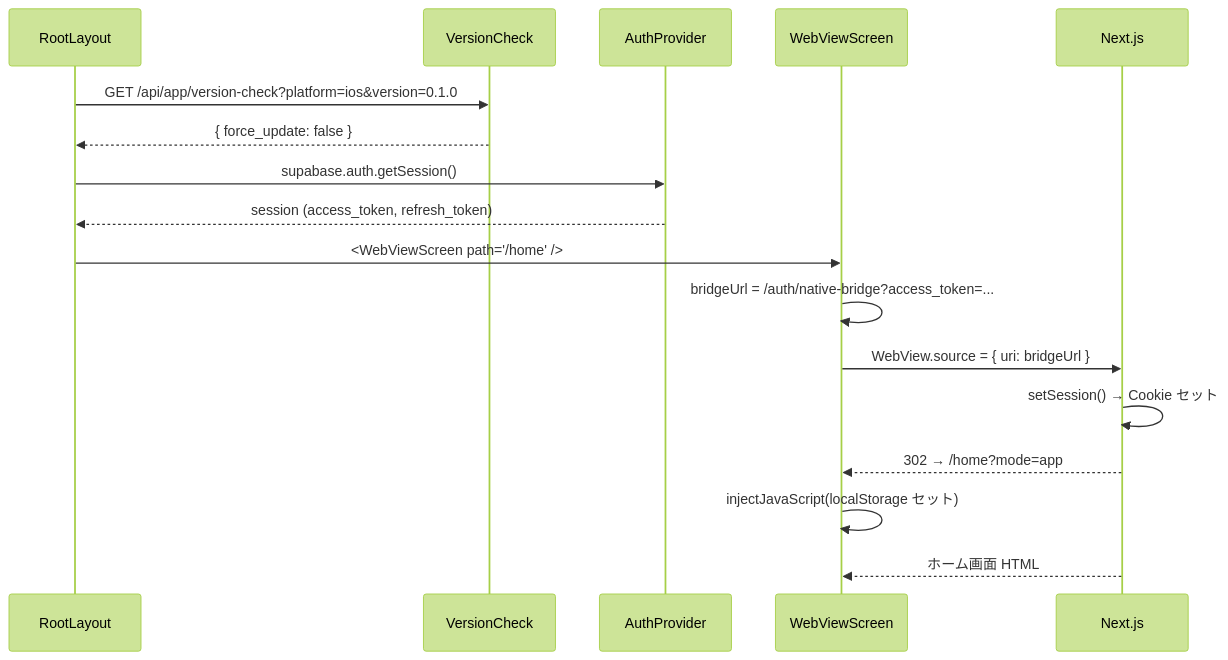
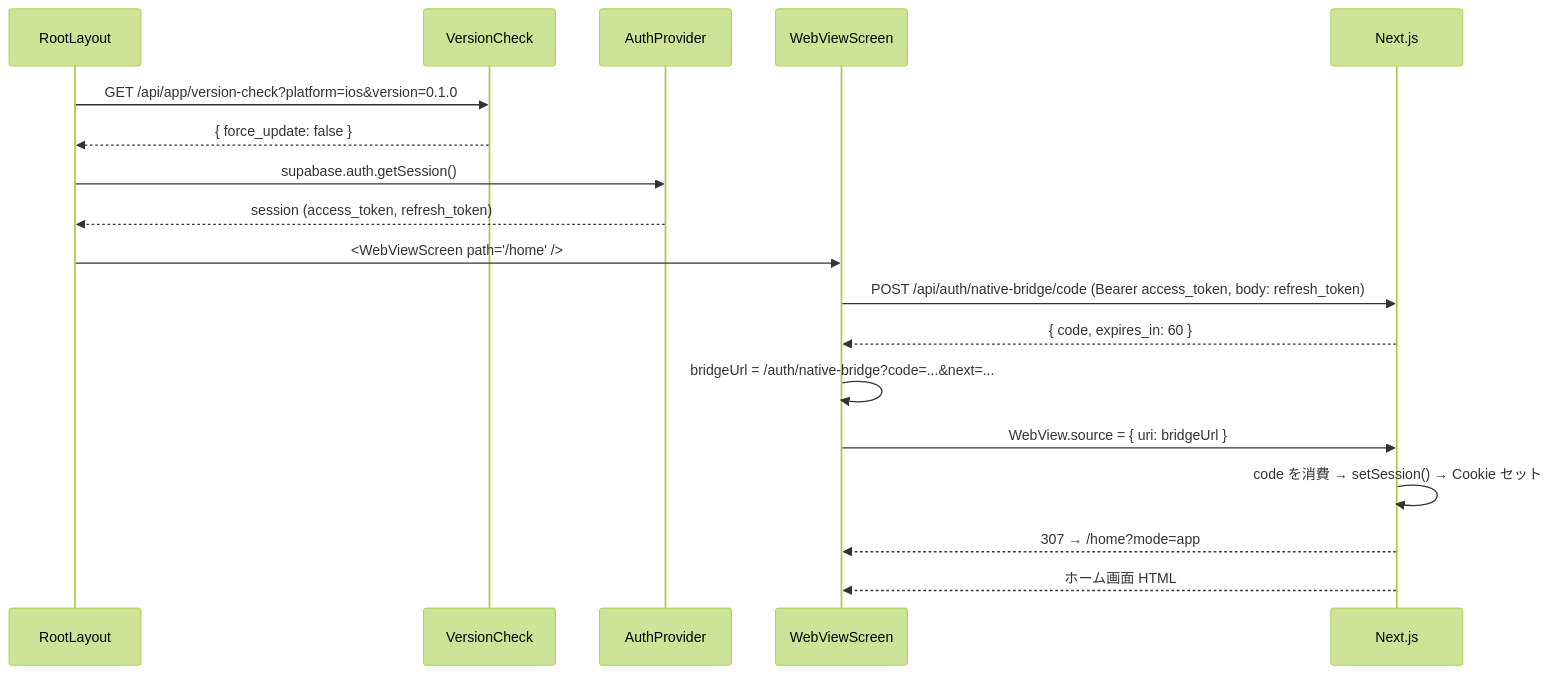
One commit to DaisukeHori/homegohan-app changed the first of 2 diagrams in docs/design/mobile/01-architecture.md. Above: the diagram before and after it, drawn with Mermaid (forest theme). The commit also changed other lines of this file and 1 other file, not shown here.

Commit message:
docs(design): モバイルの WebView の code 方式の受け渡しとオリジンの固定を設計書に書く (#1036 #1158)

````diff
--- a/docs/design/mobile/01-architecture.md
+++ b/docs/design/mobile/01-architecture.md
@@ -187,20 +212,21 @@
 ```mermaid
 sequenceDiagram
   participant App as RootLayout
   participant VP as VersionCheck
   participant Auth as AuthProvider
   participant WV as WebViewScreen
   participant Web as Next.js
 
   App->>VP: GET /api/app/version-check?platform=ios&version=0.1.0
   VP-->>App: { force_update: false }
   App->>Auth: supabase.auth.getSession()
   Auth-->>App: session (access_token, refresh_token)
   App->>WV: <WebViewScreen path="/home" />
-  WV->>WV: bridgeUrl = /auth/native-bridge?access_token=...
+  WV->>Web: POST /api/auth/native-bridge/code (Bearer access_token, body: refresh_token)
+  Web-->>WV: { code, expires_in: 60 }
+  WV->>WV: bridgeUrl = /auth/native-bridge?code=...&next=...
   WV->>Web: WebView.source = { uri: bridgeUrl }
-  Web->>Web: setSession() → Cookie セット
-  Web-->>WV: 302 → /home?mode=app
-  WV->>WV: injectJavaScript(localStorage セット)
+  Web->>Web: code を消費 → setSession() → Cookie セット
+  Web-->>WV: 307 → /home?mode=app
   Web-->>WV: ホーム画面 HTML
 ```
````
